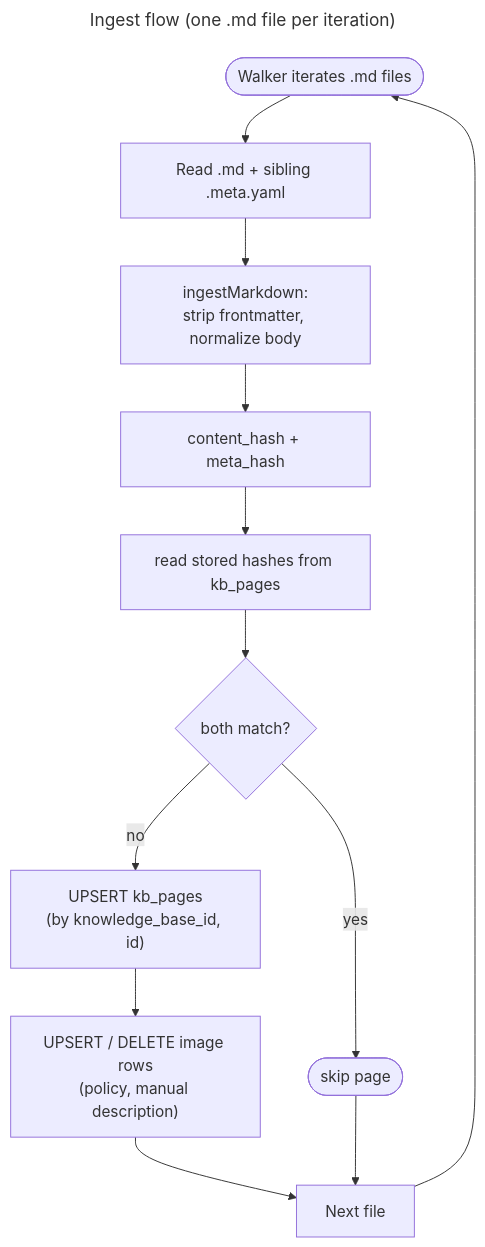
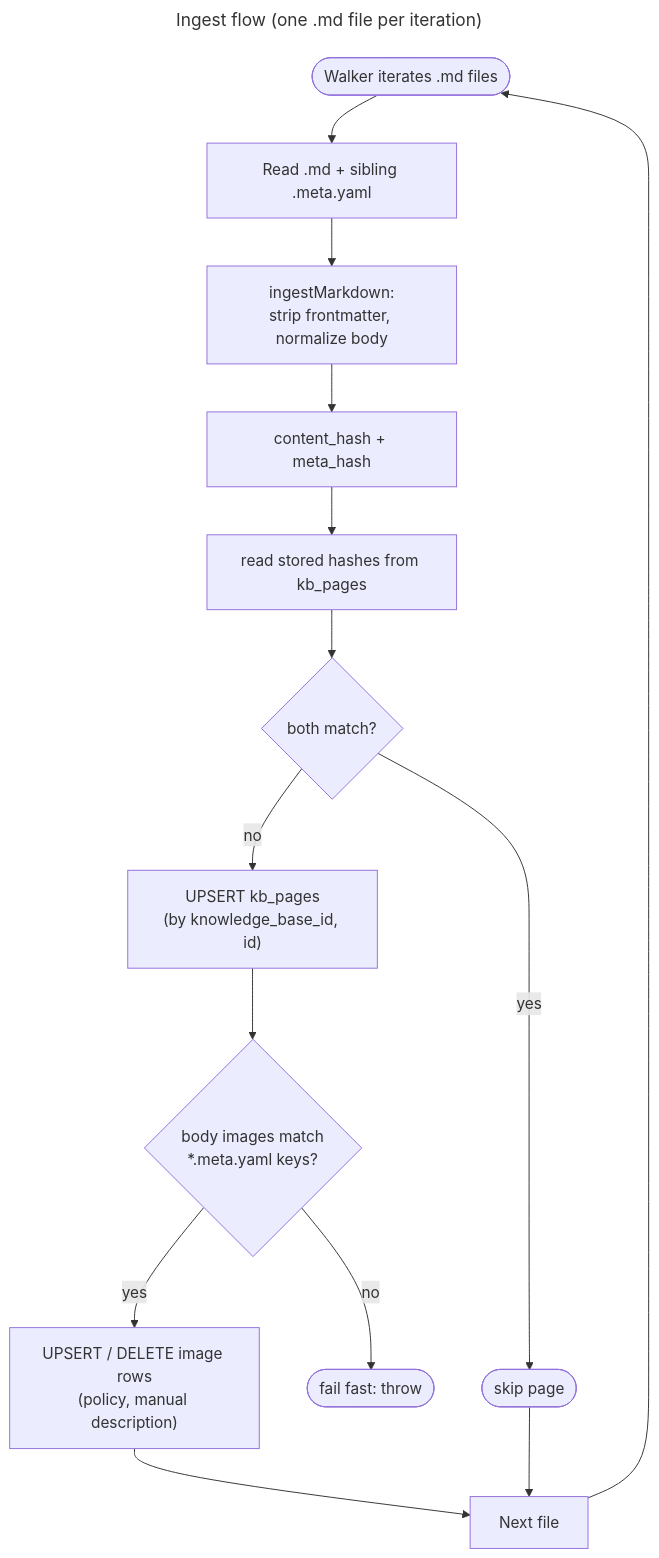
The diagram in docs/modern-knowledge-base-design/02-ingest.md (kyung-lee-official/neuxus), drawn with Mermaid before and after one commit. The commit also changed other lines of this file, not shown here.

````diff
--- a/docs/modern-knowledge-base-design/02-ingest.md
+++ b/docs/modern-knowledge-base-design/02-ingest.md
@@ -35,18 +35,20 @@
 ```mermaid
 ---
 title: Ingest flow (one .md file per iteration)
 theme: neo-dark
 ---
 flowchart TD
   Walker([Walker iterates .md files]) --> Read["Read .md + sibling .meta.yaml"]
   Read --> Parse["ingestMarkdown:<br/>strip frontmatter, normalize body"]
   Parse --> Hash["content_hash + meta_hash"]
   Hash --> Lookup["read stored hashes from kb_pages"]
   Lookup --> Match{both match?}
   Match -- yes --> Skip([skip page])
   Match -- no --> Upsert["UPSERT kb_pages<br/>(by knowledge_base_id, id)"]
-  Upsert --> Reconcile["UPSERT / DELETE image rows<br/>(policy, manual description)"]
+  Upsert --> Validate{"body images match<br/>*.meta.yaml keys?"}
+  Validate -- no --> Fail([fail fast: throw])
+  Validate -- yes --> Reconcile["UPSERT / DELETE image rows<br/>(policy, manual description)"]
   Reconcile --> Next[Next file]
   Skip --> Next
   Next --> Walker
 ```
````
